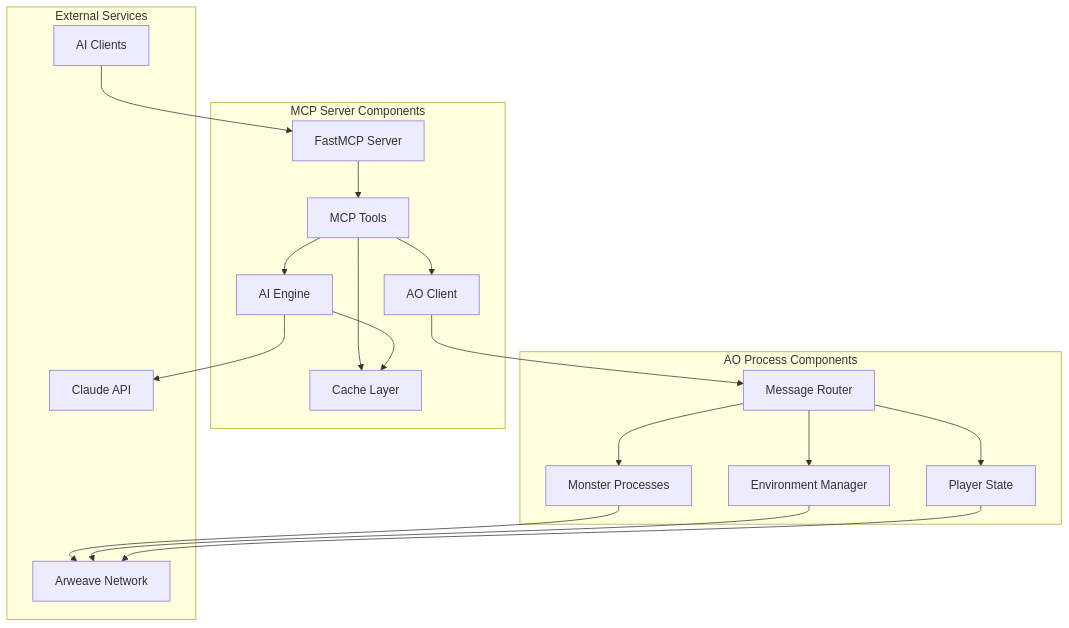
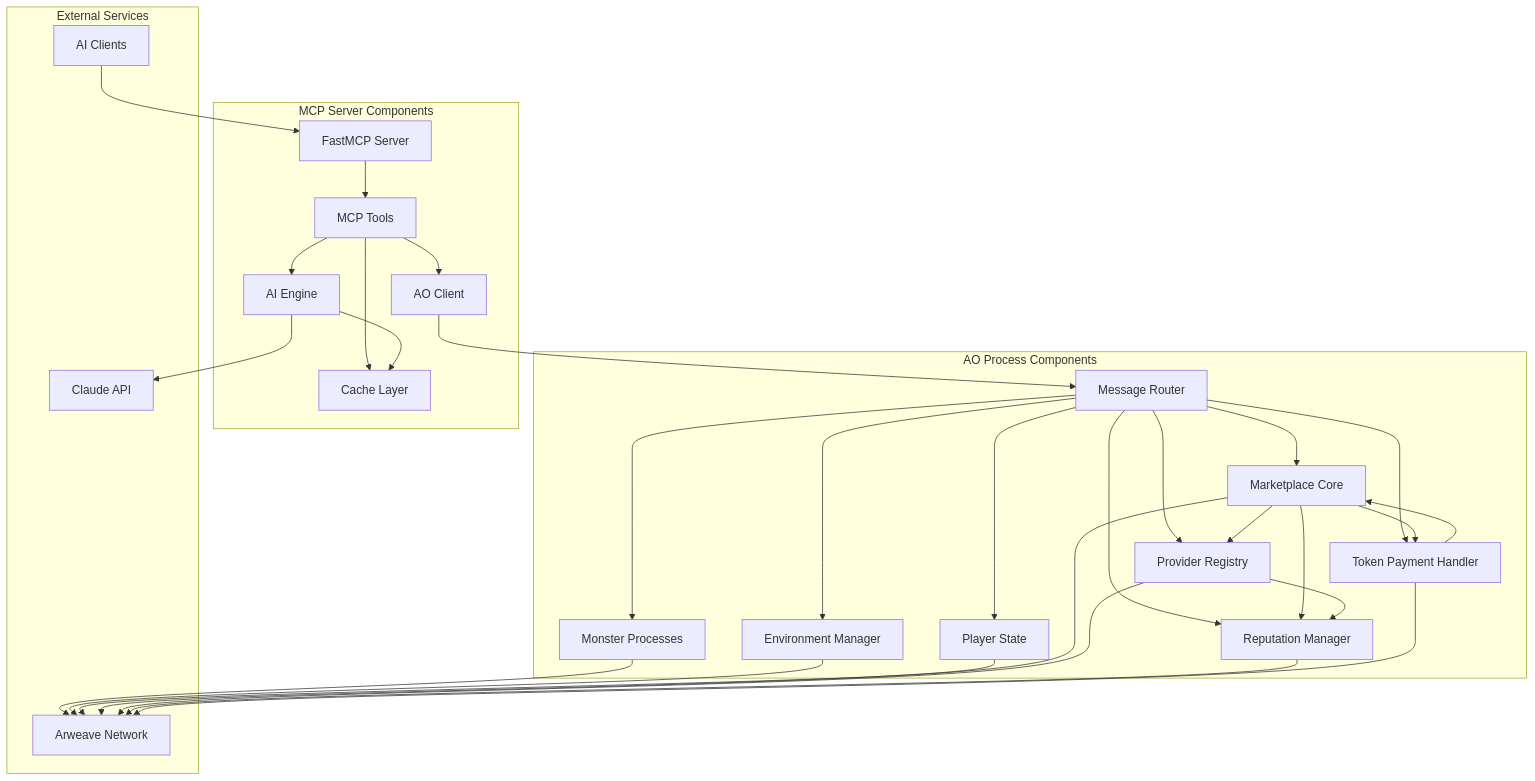
The diagram in Docs/architecture/components-diagrams.md (ALLiDoizCode/PrimalCode), drawn with Mermaid before and after one commit. The commit also changed 11 other files, not shown here.

````diff
--- a/Docs/architecture/components-diagrams.md
+++ b/Docs/architecture/components-diagrams.md
@@ -3,41 +3,59 @@
 ```mermaid
 graph TB
     subgraph "MCP Server Components"
         MCP[FastMCP Server]
         TOOLS[MCP Tools]
         AOC[AO Client]
         AI[AI Engine]
         CACHE[Cache Layer]
     end
     
     subgraph "AO Process Components"
         MP[Monster Processes]
         ENV[Environment Manager]
         PLY[Player State]
+        MARKETPLACE[Marketplace Core]
+        REGISTRY[Provider Registry]
+        REPUTATION[Reputation Manager]
+        TOKEN[Token Payment Handler]
         MSG[Message Router]
     end
     
     subgraph "External Services"
         CLAUDE[Claude API]
         ARWEAVE[Arweave Network]
         CLIENTS[AI Clients]
     end
     
     CLIENTS --> MCP
     MCP --> TOOLS
     TOOLS --> AOC
     TOOLS --> AI
     TOOLS --> CACHE
     
     AOC --> MSG
     MSG --> MP
     MSG --> ENV
     MSG --> PLY
+    MSG --> MARKETPLACE
+    MSG --> REGISTRY
+    MSG --> REPUTATION
+    MSG --> TOKEN
     
     AI --> CLAUDE
     AI --> CACHE
     
+    MARKETPLACE --> REGISTRY
+    MARKETPLACE --> REPUTATION
+    MARKETPLACE --> TOKEN
+    REGISTRY --> REPUTATION
+    TOKEN --> MARKETPLACE
+    
     MP --> ARWEAVE
     ENV --> ARWEAVE
     PLY --> ARWEAVE
+    MARKETPLACE --> ARWEAVE
+    REGISTRY --> ARWEAVE
+    REPUTATION --> ARWEAVE
+    TOKEN --> ARWEAVE
 ```
````
